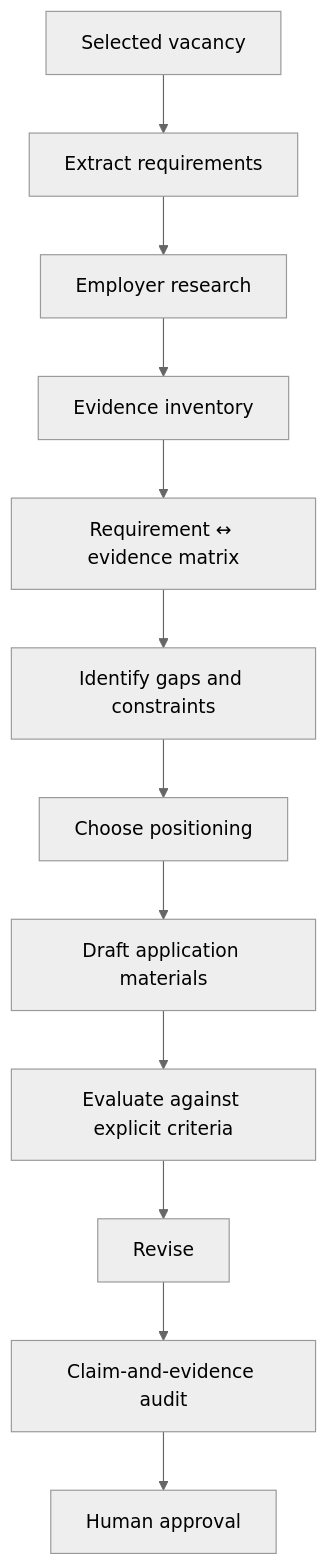
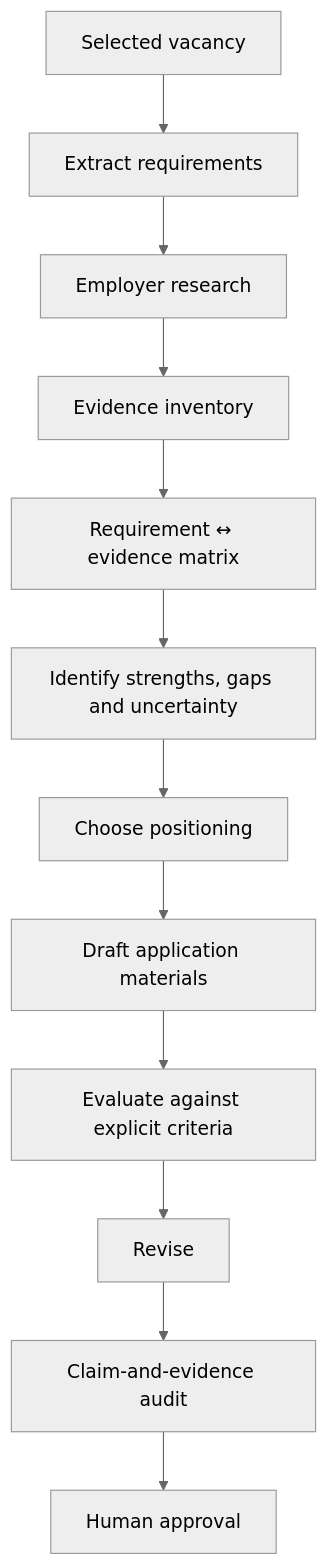
The second of 2 diagrams in docs/architecture.md (jdohertydev/evidence-driven-ai-job-search), drawn with Mermaid (neutral theme) before and after one commit. The commit also changed other lines of this file, not shown here.

Commit message:
Clarify architecture and control boundaries

````diff
--- a/docs/architecture.md
+++ b/docs/architecture.md
@@ -30,14 +34,14 @@
 ```mermaid
 flowchart TD
     A[Selected vacancy] --> B[Extract requirements]
     B --> C[Employer research]
     C --> D[Evidence inventory]
     D --> E[Requirement ↔ evidence matrix]
-    E --> F[Identify gaps and constraints]
+    E --> F[Identify strengths, gaps and uncertainty]
     F --> G[Choose positioning]
     G --> H[Draft application materials]
     H --> I[Evaluate against explicit criteria]
     I --> J[Revise]
     J --> K[Claim-and-evidence audit]
     K --> L[Human approval]
 ```
````
